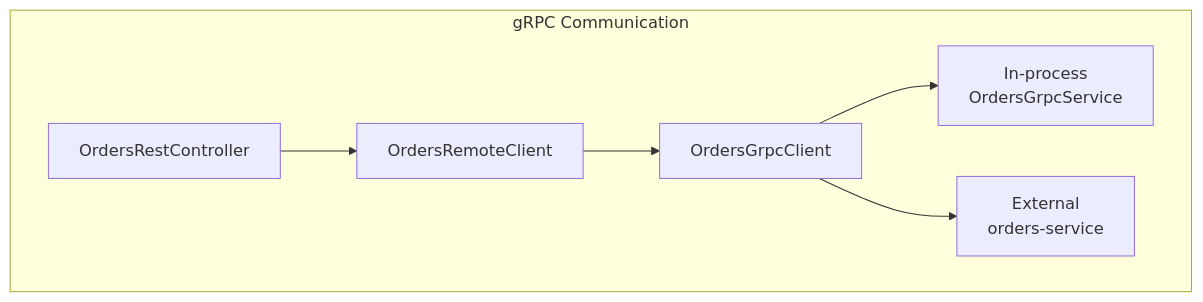
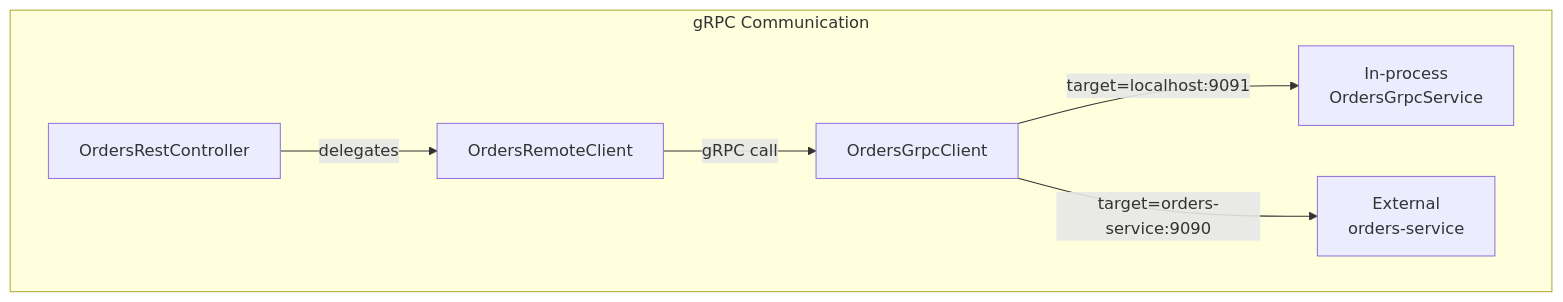
The fourth of 6 diagrams in docs/deepwiki/Business-Modules.md (philipz/spring-modular-monolith), drawn with Mermaid before and after one commit. The commit also changed other lines of this file and 55 other files, not shown here.

````diff
--- a/docs/deepwiki/Business-Modules.md
+++ b/docs/deepwiki/Business-Modules.md
@@ -201,21 +201,21 @@
 ```mermaid
 flowchart TD
 
 RC["OrdersRestController"]
 ORC["OrdersRemoteClient"]
 OGC["OrdersGrpcClient"]
 IPS["In-process<br>OrdersGrpcService"]
 EXT["External<br>orders-service"]
 
 subgraph subGraph0 ["gRPC Communication"]
     RC
     ORC
     OGC
     IPS
     EXT
-    RC --> ORC
-    ORC --> OGC
-    OGC --> IPS
-    OGC --> EXT
+    RC -->|"delegates"| ORC
+    ORC -->|"gRPC call"| OGC
+    OGC -->|"target=localhost:9091"| IPS
+    OGC -->|"target=orders-service:9090"| EXT
 end
 ```
````
